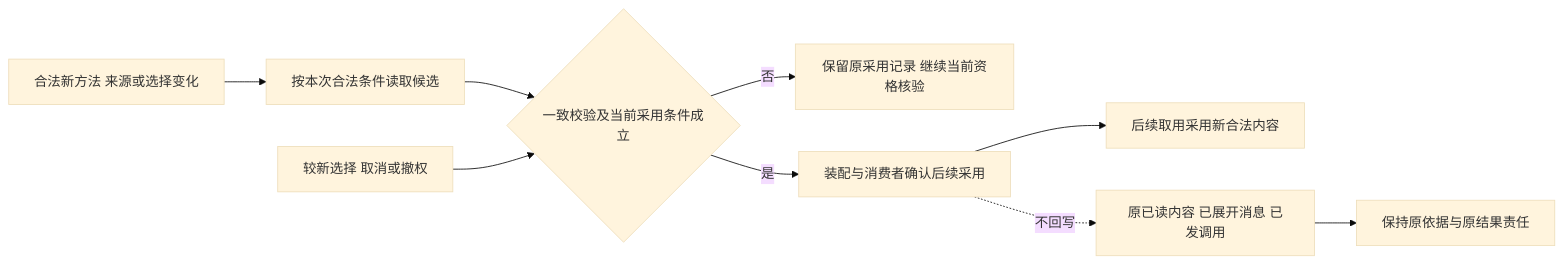
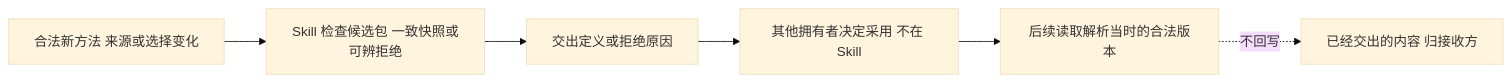
One commit to nemori-ai/omne-harness-lite changed the fourth of 4 diagrams in docs/domains/skills/key-flows.md. Above: the diagram before and after it, drawn with Mermaid (base theme). The commit also changed other lines of this file and 5 other files, not shown here.

````diff
--- a/docs/domains/skills/key-flows.md
+++ b/docs/domains/skills/key-flows.md
@@ -138,11 +134,9 @@
 ```mermaid
 flowchart LR
-  U[合法新方法 来源或选择变化] --> C[按本次合法条件读取候选]
-  C --> V{一致校验及当前采用条件成立}
-  V -->|否| K[保留原采用记录 继续当前资格核验]
-  V -->|是| A[装配与消费者确认后续采用]
-  N[较新选择 取消或撤权] --> V
-  A --> R[后续取用采用新合法内容]
-  H[原已读内容 已展开消息 已发调用] --> O[保持原依据与原结果责任]
-  A -. 不回写 .-> H
+  U[合法新方法 来源或选择变化] --> C[Skill 检查候选包 一致快照或可辨拒绝]
+  C --> X[交出定义或拒绝原因]
+  X --> A[其他拥有者决定采用 不在 Skill]
+  A --> R[后续读取解析当时的合法版本]
+  H[已经交出的内容 归接收方]
+  R -. 不回写 .-> H
 ```
````
